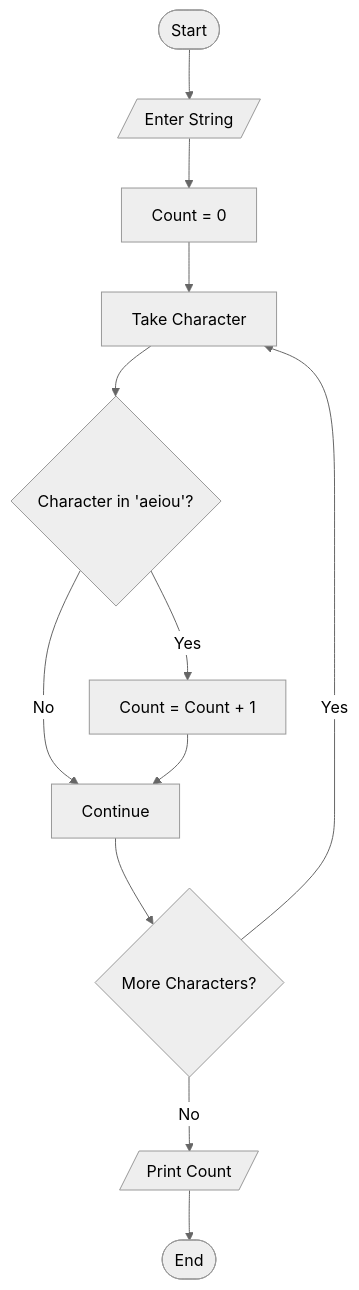
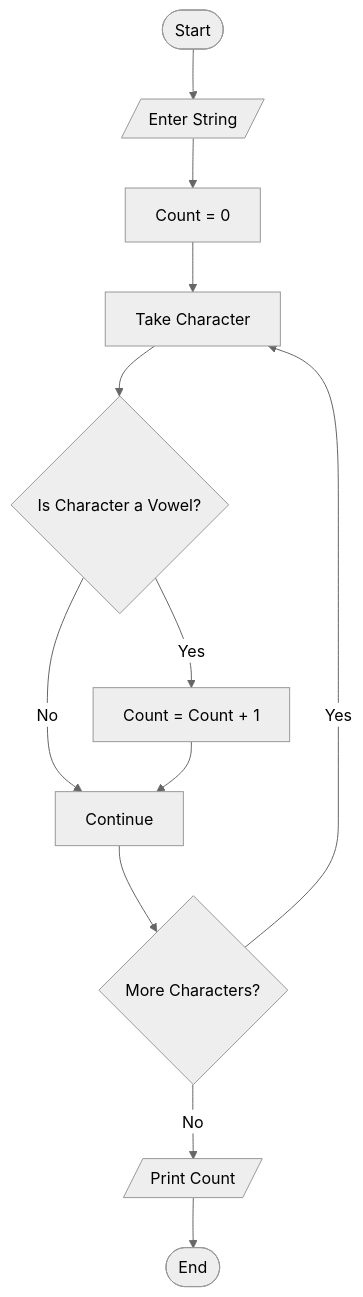
Diagram 20 of 20 in README.md (cwa-web/BasicPythonPrograms), drawn with Mermaid (neutral theme) before and after one commit. The commit also changed other lines of this file, not shown here.

First line of the commit message:
Refactor flow diagrams to use Mermaid syntax

````diff
--- a/README.md
+++ b/README.md
@@ -582,14 +604,14 @@
   ```mermaid
   flowchart TD
       A([Start]) --> B[/Enter String/]
-      B --> C[Count = 0]
-      C --> D[Take Character]
-      D --> E{Character in 'aeiou'?}
-      E -- Yes --> F[Count = Count + 1]
-      E -- No --> G[Continue]
+      B --> C["Count = 0"]
+      C --> D["Take Character"]
+      D --> E{"Is Character a Vowel?"}
+      E -- Yes --> F["Count = Count + 1"]
+      E -- No --> G["Continue"]
       F --> G
-      G --> H{More Characters?}
+      G --> H{"More Characters?"}
       H -- Yes --> D
       H -- No --> I[/Print Count/]
       I --> J([End])
   ```
````
